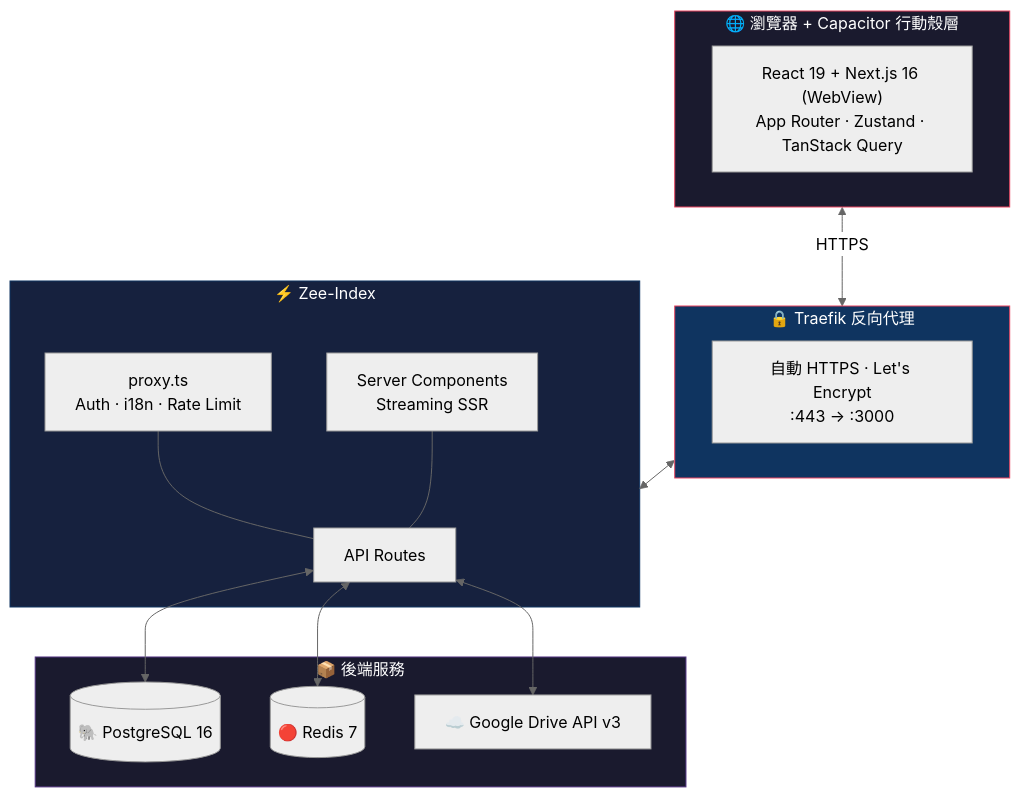
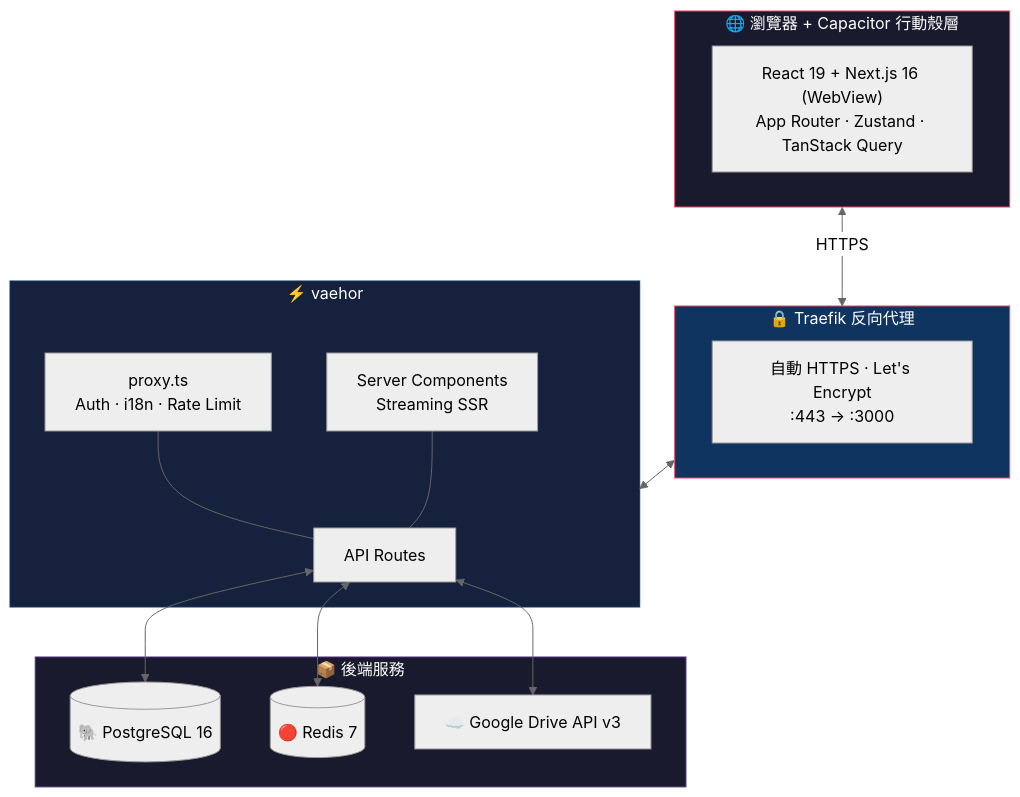
The diagram in README-zh.md (dytsou/vaehor), drawn with Mermaid (neutral theme) before and after one commit. The commit also changed other lines of this file and 1 other file, not shown here.

Commit message:
docs: update README files to reflect project name change from Zee-Index to vaehor

````diff
--- a/README-zh.md
+++ b/README-zh.md
@@ -175,35 +175,35 @@
 ```mermaid
 flowchart TB
     subgraph CLIENT["🌐 瀏覽器 + Capacitor 行動殼層"]
         A["React 19 + Next.js 16 (WebView)\nApp Router · Zustand · TanStack Query"]
     end
 
     subgraph TRAEFIK["🔒 Traefik 反向代理"]
         B["自動 HTTPS · Let's Encrypt\n:443 → :3000"]
     end
 
-    subgraph APP["⚡ Zee-Index"]
+    subgraph APP["⚡ vaehor"]
         C["API Routes"]
         D["proxy.ts\nAuth · i18n · Rate Limit"]
         E["Server Components\nStreaming SSR"]
     end
 
     subgraph SERVICES["📦 後端服務"]
         F[("🐘 PostgreSQL 16")]
         G[("🔴 Redis 7")]
         H["☁️ Google Drive API v3"]
     end
 
     CLIENT <-->|HTTPS| TRAEFIK
     TRAEFIK <--> APP
     C <--> F
     C <--> G
     C <--> H
     D --- C
     E --- C
 
     style CLIENT fill:#1a1a2e,stroke:#e94560,color:#fff
     style TRAEFIK fill:#0f3460,stroke:#e94560,color:#fff
     style APP fill:#16213e,stroke:#0f3460,color:#fff
     style SERVICES fill:#1a1a2e,stroke:#533483,color:#fff
 ```
````
